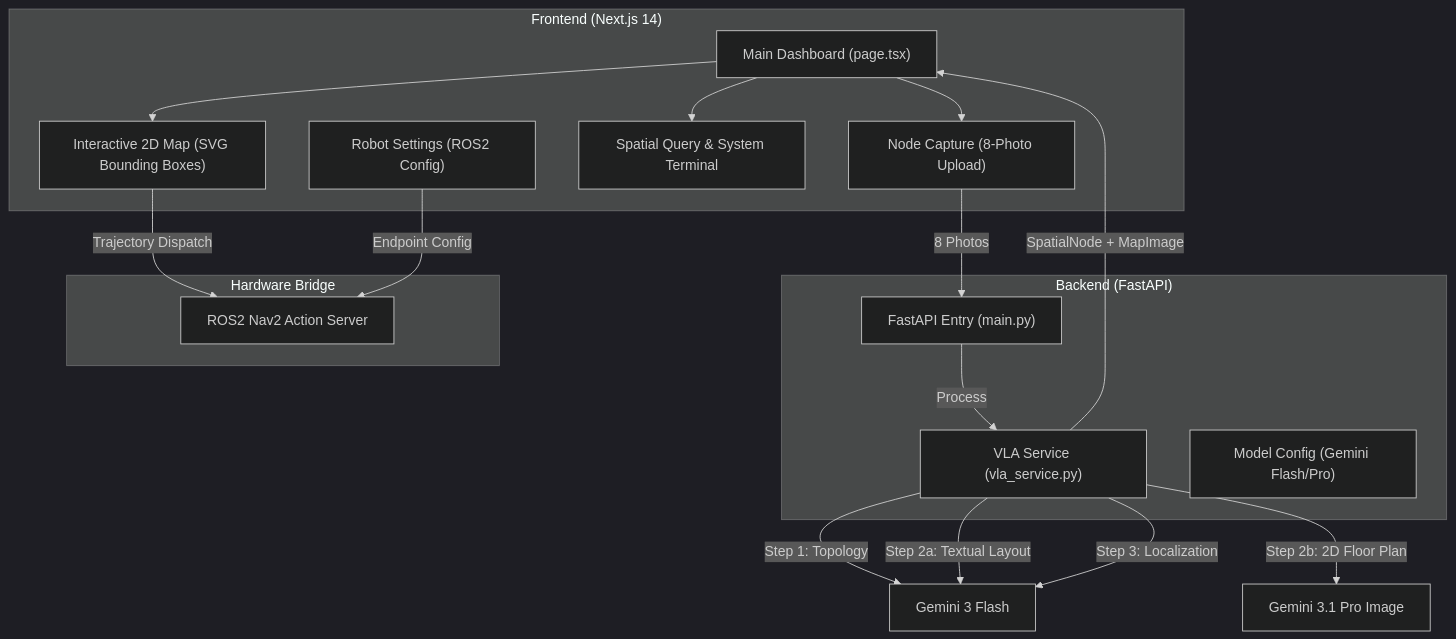
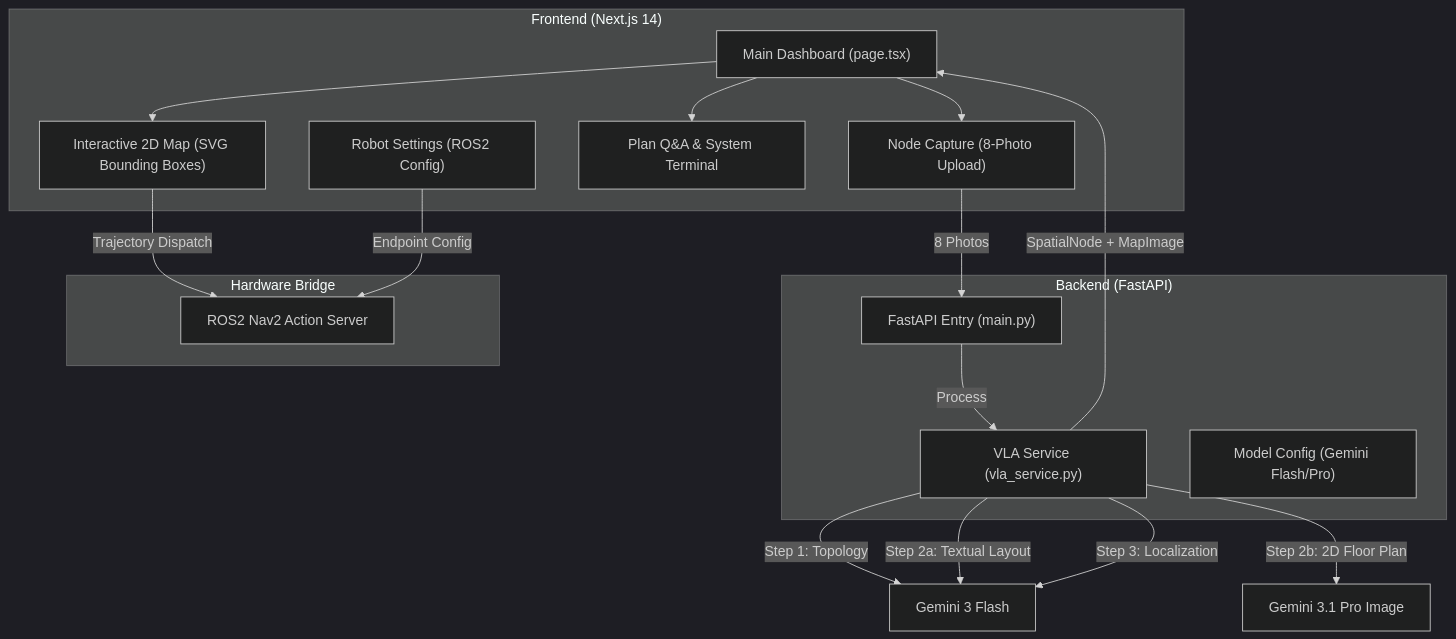
The diagram in ARCHITECTURE.md (anuragroy2001/EmbodiedAITaskPlanner), drawn with Mermaid (dark theme) before and after one commit. The commit also changed 11 other files, not shown here.

````diff
--- a/ARCHITECTURE.md
+++ b/ARCHITECTURE.md
@@ -7,36 +7,36 @@
 ```mermaid
 graph TD
     subgraph "Frontend (Next.js 14)"
         UI["Main Dashboard (page.tsx)"]
         CAP["Node Capture (8-Photo Upload)"]
         MAP["Interactive 2D Map (SVG Bounding Boxes)"]
-        CHAT["Spatial Query & System Terminal"]
+        CHAT["Plan Q&A & System Terminal"]
         SET["Robot Settings (ROS2 Config)"]
     end
 
     subgraph "Backend (FastAPI)"
         API["FastAPI Entry (main.py)"]
         VLA["VLA Service (vla_service.py)"]
         CFG["Model Config (Gemini Flash/Pro)"]
     end
 
     subgraph "Hardware Bridge"
         ROS2["ROS2 Nav2 Action Server"]
     end
 
     %% Interactions
     UI --> CAP
     CAP -- "8 Photos" --> API
     API -- "Process" --> VLA
     VLA -- "Step 1: Topology" --> GeminiFlash["Gemini 3 Flash"]
     VLA -- "Step 2a: Textual Layout" --> GeminiFlash
     VLA -- "Step 2b: 2D Floor Plan" --> GeminiPro["Gemini 3.1 Pro Image"]
     VLA -- "Step 3: Localization" --> GeminiFlash
     
     VLA -- "SpatialNode + MapImage" --> UI
     UI --> MAP
     UI --> CHAT
     
     MAP -- "Trajectory Dispatch" --> ROS2
     SET -- "Endpoint Config" --> ROS2
 ```
````
